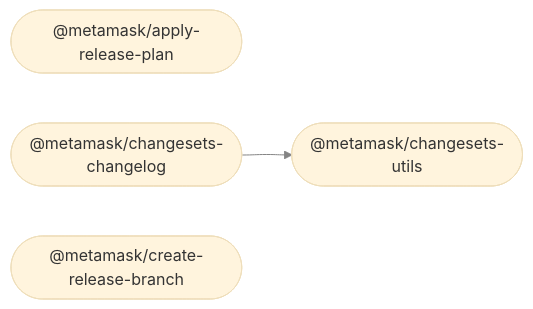
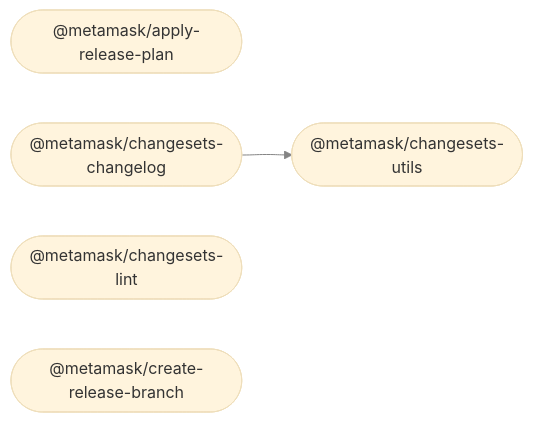
Before and after one commit to MetaMask/release-tools: the diagram in README.md, drawn with Mermaid (base theme). The commit also changed other lines of this file and 17 other files, not shown here.

First line of the commit message:
feat: scaffold changesets lint package (#91)

````diff
--- a/README.md
+++ b/README.md
@@ -28,10 +29,11 @@
 ```mermaid
 %%{ init: { 'flowchart': { 'curve': 'bumpX' } } }%%
 graph LR;
 linkStyle default opacity:0.5
   apply_release_plan(["@metamask/apply-release-plan"]);
   changesets_changelog(["@metamask/changesets-changelog"]);
+  changesets_lint(["@metamask/changesets-lint"]);
   changesets_utils(["@metamask/changesets-utils"]);
   create_release_branch(["@metamask/create-release-branch"]);
   changesets_changelog --> changesets_utils;
 ```
````
